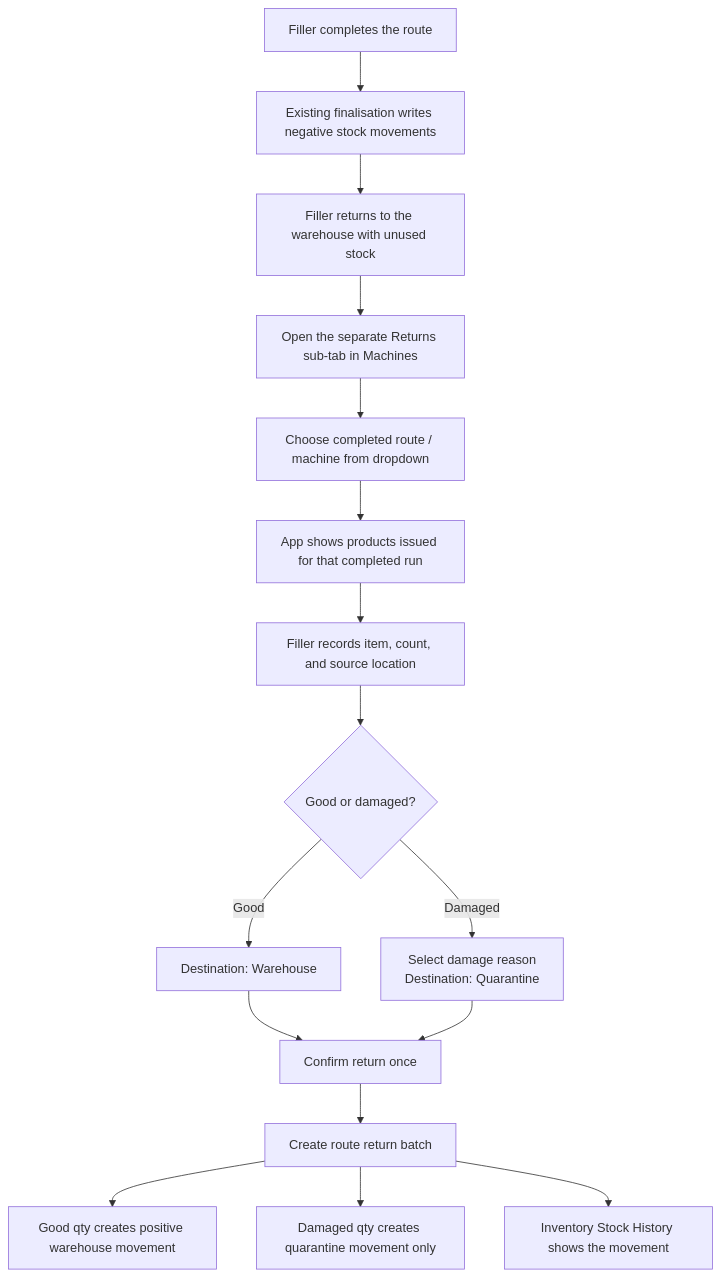
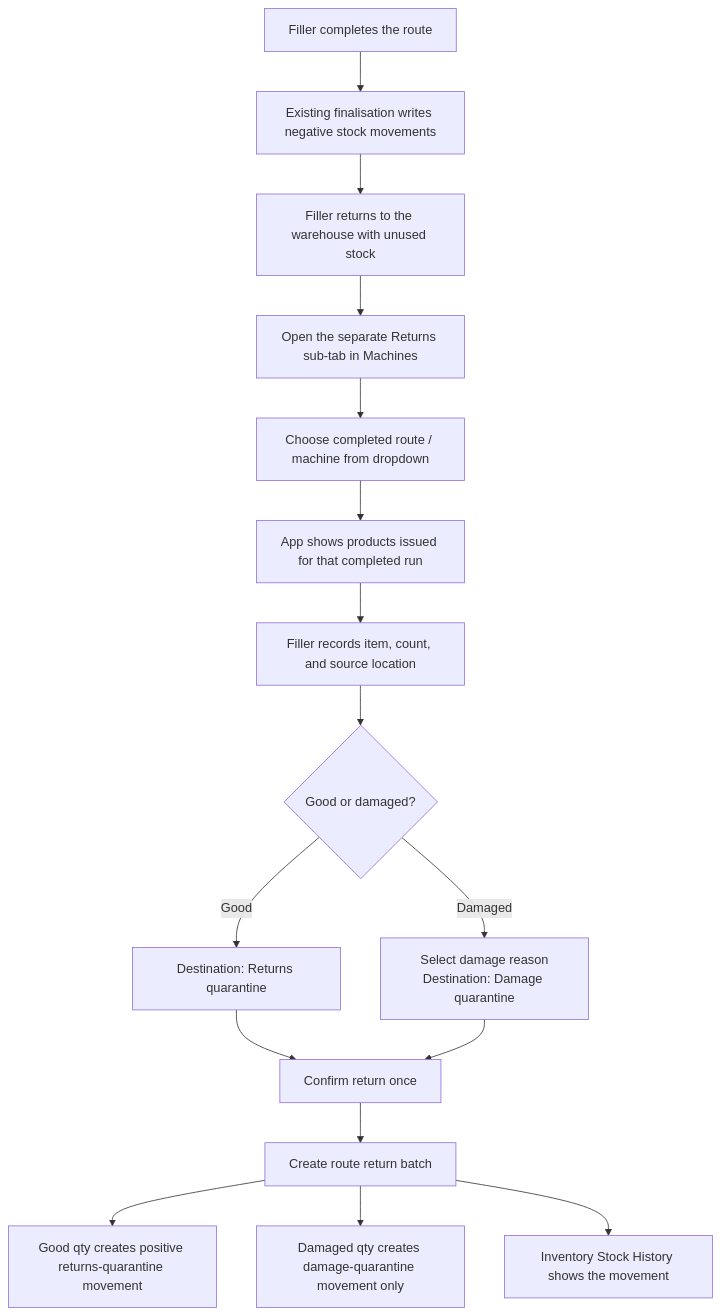
Before and after one commit to josh441/gameguys-proposed-ui: the third of 7 diagrams in BUILD-PLAN.md, drawn with Mermaid. The commit also changed other lines of this file and 10 other files, not shown here.

````diff
--- a/BUILD-PLAN.md
+++ b/BUILD-PLAN.md
@@ -222,18 +223,18 @@
 ```mermaid
 flowchart TD
   A[Filler completes the route] --> B[Existing finalisation writes negative stock movements]
   B --> C[Filler returns to the warehouse with unused stock]
   C --> D[Open the separate Returns sub-tab in Machines]
   D --> E[Choose completed route / machine from dropdown]
   E --> F0[App shows products issued for that completed run]
   F0 --> F[Filler records item, count, and source location]
   F --> G{Good or damaged?}
-  G -- Good --> H[Destination: Warehouse]
-  G -- Damaged --> Q[Select damage reason<br/>Destination: Quarantine]
+  G -- Good --> H[Destination: Returns quarantine]
+  G -- Damaged --> Q[Select damage reason<br/>Destination: Damage quarantine]
   H --> K[Confirm return once]
   Q --> K
   K --> L[Create route return batch]
-  L --> I[Good qty creates positive warehouse movement]
-  L --> X[Damaged qty creates quarantine movement only]
+  L --> I[Good qty creates positive returns-quarantine movement]
+  L --> X[Damaged qty creates damage-quarantine movement only]
   L --> J[Inventory Stock History shows the movement]
 ```
````
